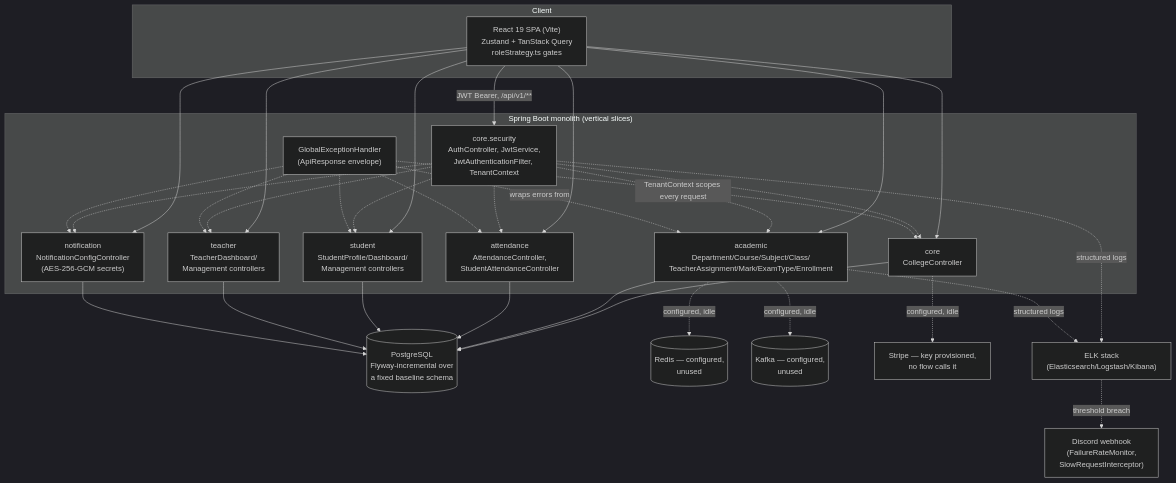
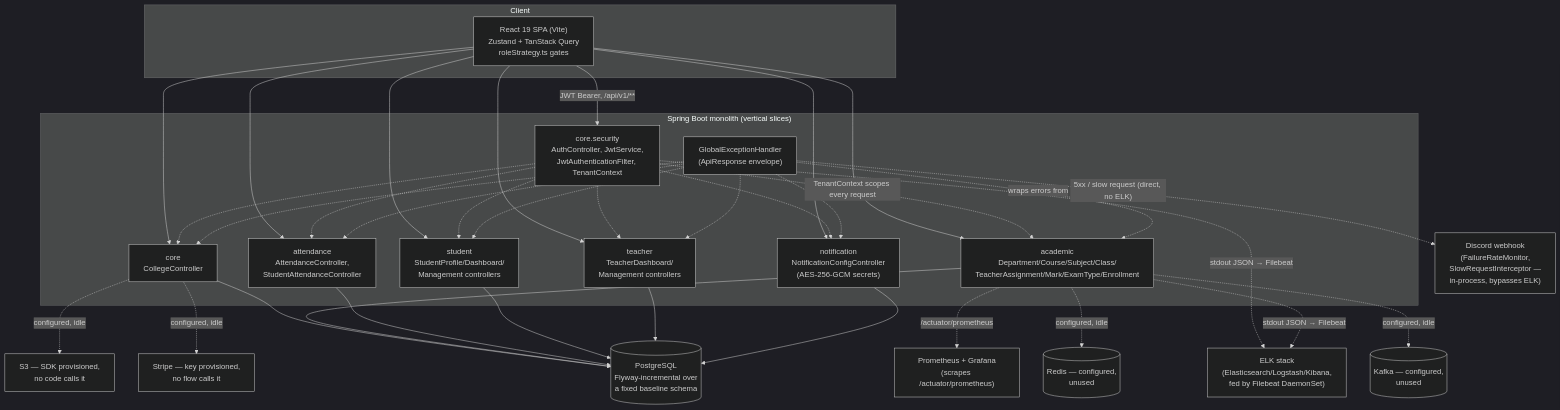
Before and after one commit to HarshavardhanaP96/CollegeManagement: the first of 2 diagrams in docs/foundations/architecture.md, drawn with Mermaid (dark theme). The commit also changed other lines of this file and 14 other files, not shown here.

````diff
--- a/docs/foundations/architecture.md
+++ b/docs/foundations/architecture.md
@@ -42,61 +61,65 @@
 ```mermaid
 graph TB
     subgraph Client
         FE["React 19 SPA (Vite)<br/>Zustand + TanStack Query<br/>roleStrategy.ts gates"]
     end
 
     subgraph "Spring Boot monolith (vertical slices)"
         AUTH["core.security<br/>AuthController, JwtService,<br/>JwtAuthenticationFilter, TenantContext"]
         CORE["core<br/>CollegeController"]
         ACAD["academic<br/>Department/Course/Subject/Class/<br/>TeacherAssignment/Mark/ExamType/Enrollment"]
         ATT["attendance<br/>AttendanceController,<br/>StudentAttendanceController"]
         STU["student<br/>StudentProfile/Dashboard/<br/>Management controllers"]
         TEA["teacher<br/>TeacherDashboard/<br/>Management controllers"]
         NOTIF["notification<br/>NotificationConfigController<br/>(AES-256-GCM secrets)"]
         GEH["GlobalExceptionHandler<br/>(ApiResponse envelope)"]
     end
 
     PG[("PostgreSQL<br/>Flyway-incremental over<br/>a fixed baseline schema")]
     REDIS[("Redis — configured,<br/>unused")]
     KAFKA[("Kafka — configured,<br/>unused")]
     STRIPE["Stripe — key provisioned,<br/>no flow calls it"]
-    ELK["ELK stack<br/>(Elasticsearch/Logstash/Kibana)"]
-    DISCORD["Discord webhook<br/>(FailureRateMonitor,<br/>SlowRequestInterceptor)"]
+    S3["S3 — SDK provisioned,<br/>no code calls it"]
+    ELK["ELK stack<br/>(Elasticsearch/Logstash/Kibana,<br/>fed by Filebeat DaemonSet)"]
+    PROM["Prometheus + Grafana<br/>(scrapes /actuator/prometheus)"]
+    DISCORD["Discord webhook<br/>(FailureRateMonitor,<br/>SlowRequestInterceptor —<br/>in-process, bypasses ELK)"]
 
     FE -->|"JWT Bearer, /api/v1/**"| AUTH
     FE --> CORE
     FE --> ACAD
     FE --> ATT
     FE --> STU
     FE --> TEA
     FE --> NOTIF
 
     AUTH -.->|"TenantContext scopes every request"| ACAD
     AUTH -.-> ATT
     AUTH -.-> STU
     AUTH -.-> TEA
     AUTH -.-> NOTIF
     AUTH -.-> CORE
 
     CORE --> PG
     ACAD --> PG
     ATT --> PG
     STU --> PG
     TEA --> PG
     NOTIF --> PG
 
     GEH -.->|wraps errors from| ACAD
     GEH -.-> ATT
     GEH -.-> STU
     GEH -.-> TEA
     GEH -.-> NOTIF
     GEH -.-> CORE
 
     ACAD -.->|configured, idle| KAFKA
     ACAD -.->|configured, idle| REDIS
     CORE -.->|configured, idle| STRIPE
+    CORE -.->|configured, idle| S3
 
-    AUTH -.->|structured logs| ELK
-    ACAD -.->|structured logs| ELK
-    ELK -.->|threshold breach| DISCORD
+    AUTH -.->|"stdout JSON → Filebeat"| ELK
+    ACAD -.->|"stdout JSON → Filebeat"| ELK
+    ACAD -.->|"/actuator/prometheus"| PROM
+    GEH -.->|"5xx / slow request (direct, no ELK)"| DISCORD
 ```
````
